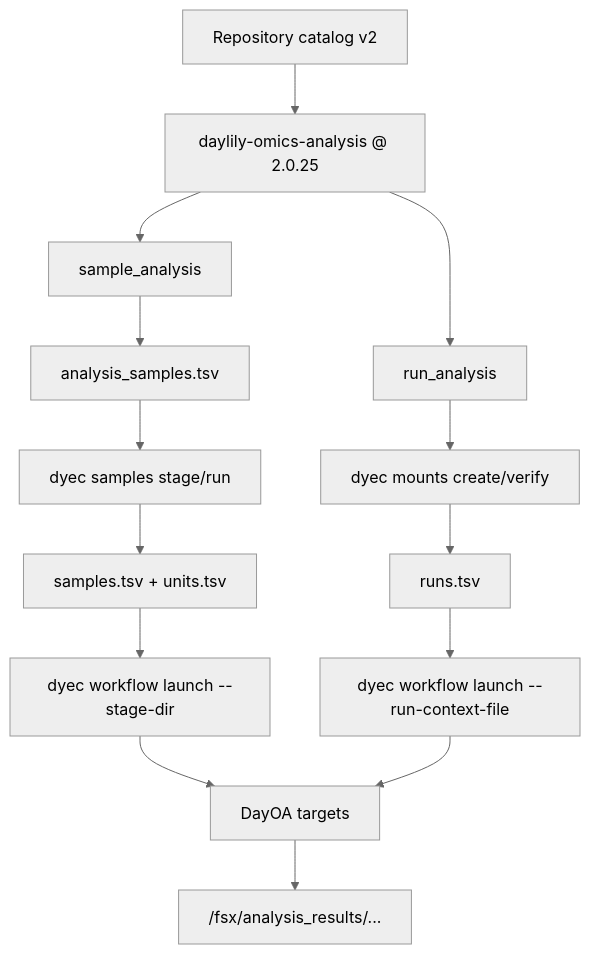
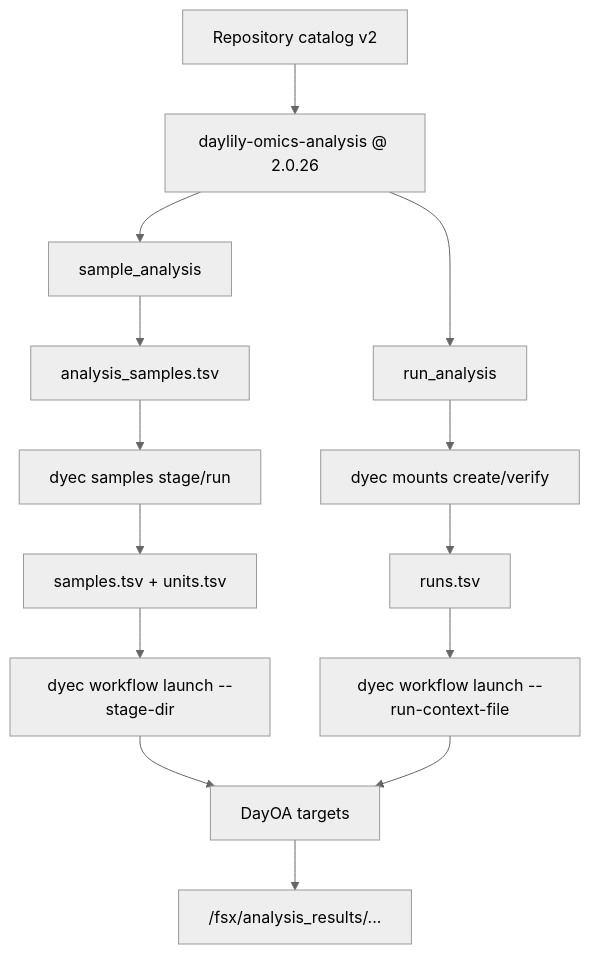
The third of 3 diagrams in docs/dra_fsx_strategy.md (Daylily-Informatics/daylily-ephemeral-cluster), drawn with Mermaid (neutral theme) before and after one commit. The commit also changed other lines of this file and 24 other files, not shown here.

````diff
--- a/docs/dra_fsx_strategy.md
+++ b/docs/dra_fsx_strategy.md
@@ -95,19 +102,19 @@
 ```mermaid
 flowchart TB
-  Catalog["Repository catalog v2"] --> Repo["daylily-omics-analysis @ 2.0.25"]
+  Catalog["Repository catalog v2"] --> Repo["daylily-omics-analysis @ 2.0.26"]
   Repo --> Sample["sample_analysis"]
   Repo --> Run["run_analysis"]
 
   Sample --> Manifest["analysis_samples.tsv"]
   Manifest --> Stage["dyec samples stage/run"]
   Stage --> TSV["samples.tsv + units.tsv"]
   TSV --> LaunchA["dyec workflow launch --stage-dir"]
 
   Run --> Mount["dyec mounts create/verify"]
   Mount --> Runs["runs.tsv"]
   Runs --> LaunchB["dyec workflow launch --run-context-file"]
 
   LaunchA --> DayOA["DayOA targets"]
   LaunchB --> DayOA
   DayOA --> Results["/fsx/analysis_results/..."]
 ```
````
